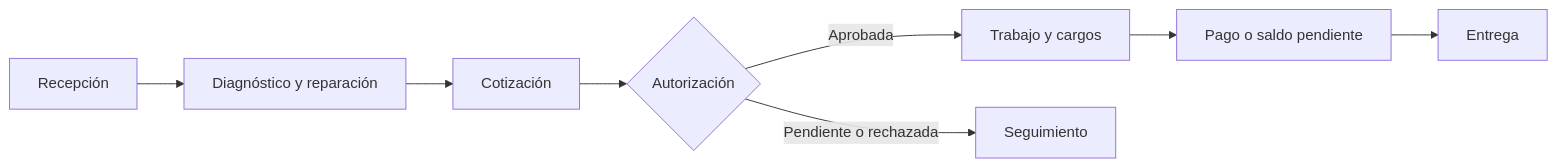
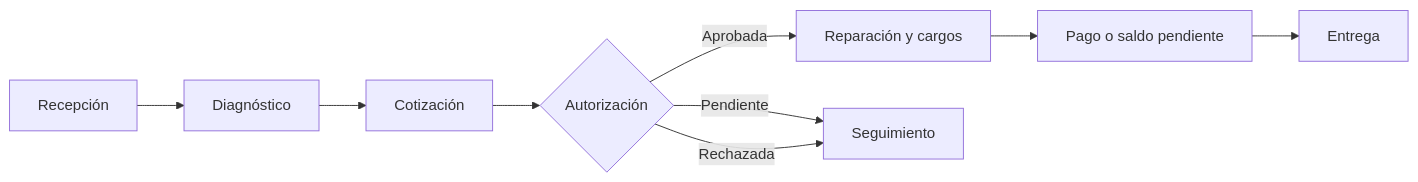
The diagram in README.md (isaiassolis/comunicaxion-service-showcase), drawn with Mermaid before and after one commit. The commit also changed other lines of this file, not shown here.

````diff
--- a/README.md
+++ b/README.md
@@ -33,10 +32,11 @@
 ```mermaid
 flowchart LR
-  A[Recepción] --> B[Diagnóstico y reparación]
+  A[Recepción] --> B[Diagnóstico]
   B --> C[Cotización]
   C --> D{Autorización}
-  D -->|Aprobada| E[Trabajo y cargos]
-  D -->|Pendiente o rechazada| F[Seguimiento]
+  D -->|Aprobada| E[Reparación y cargos]
+  D -->|Pendiente| F[Seguimiento]
+  D -->|Rechazada| F
   E --> G[Pago o saldo pendiente]
   G --> H[Entrega]
 ```
````
